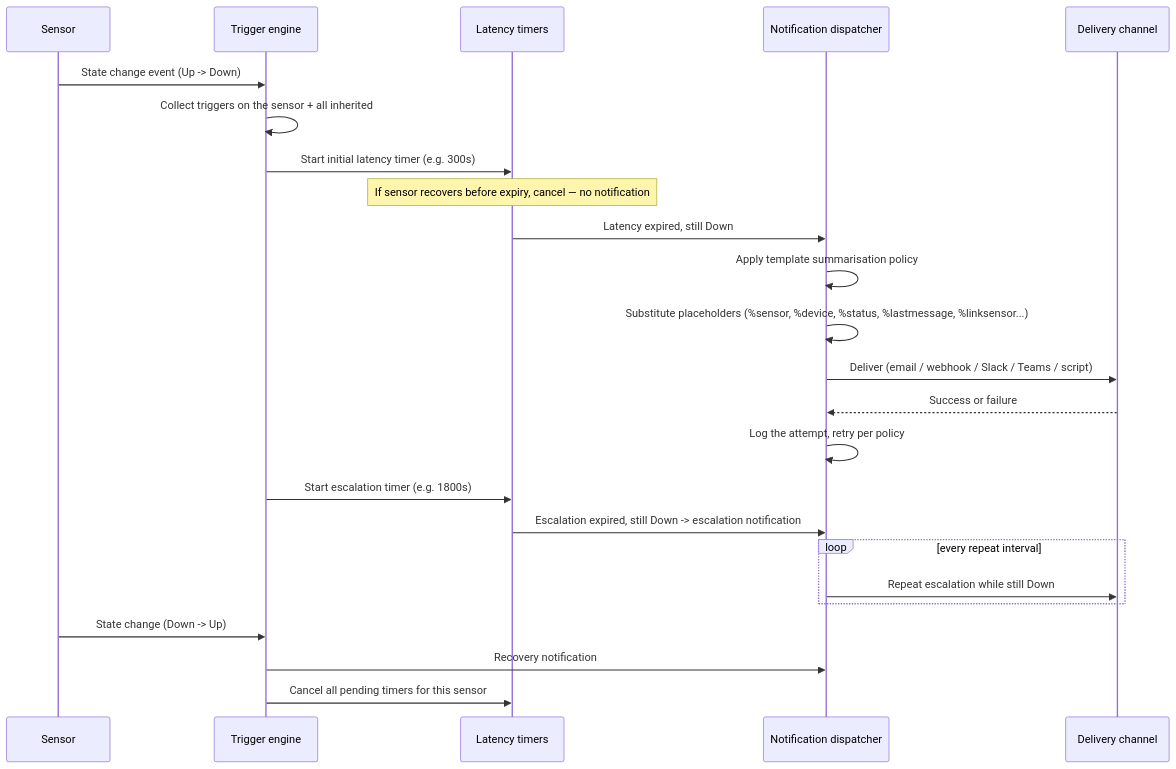
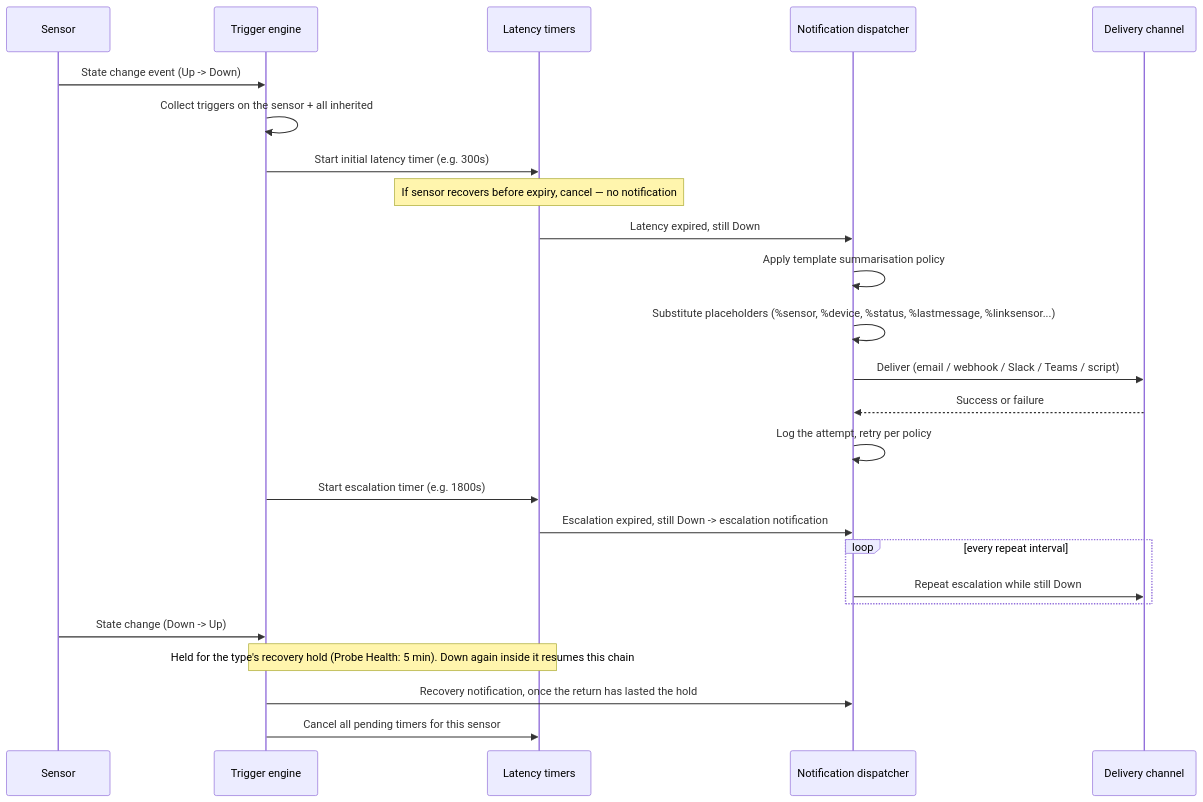
The sixth of 12 diagrams in docs/WORKFLOW.MD (AlphaMerge/watchdog), drawn with Mermaid before and after one commit. The commit also changed other lines of this file and 24 other files, not shown here.

````diff
--- a/docs/WORKFLOW.MD
+++ b/docs/WORKFLOW.MD
@@ -223,27 +223,28 @@
 ```mermaid
 sequenceDiagram
     participant S as Sensor
     participant T as Trigger engine
     participant L as Latency timers
     participant N as Notification dispatcher
     participant D as Delivery channel
 
     S->>T: State change event (Up -> Down)
     T->>T: Collect triggers on the sensor + all inherited
     T->>L: Start initial latency timer (e.g. 300s)
     Note over L: If sensor recovers before expiry, cancel — no notification
     L->>N: Latency expired, still Down
     N->>N: Apply template summarisation policy
     N->>N: Substitute placeholders (%sensor, %device, %status, %lastmessage, %linksensor...)
     N->>D: Deliver (email / webhook / Slack / Teams / script)
     D-->>N: Success or failure
     N->>N: Log the attempt, retry per policy
     T->>L: Start escalation timer (e.g. 1800s)
     L->>N: Escalation expired, still Down -> escalation notification
     loop every repeat interval
         N->>D: Repeat escalation while still Down
     end
     S->>T: State change (Down -> Up)
-    T->>N: Recovery notification
+    Note over T,L: Held for the type's recovery hold (Probe Health: 5 min). Down again inside it resumes this chain
+    T->>N: Recovery notification, once the return has lasted the hold
     T->>L: Cancel all pending timers for this sensor
 ```
````
